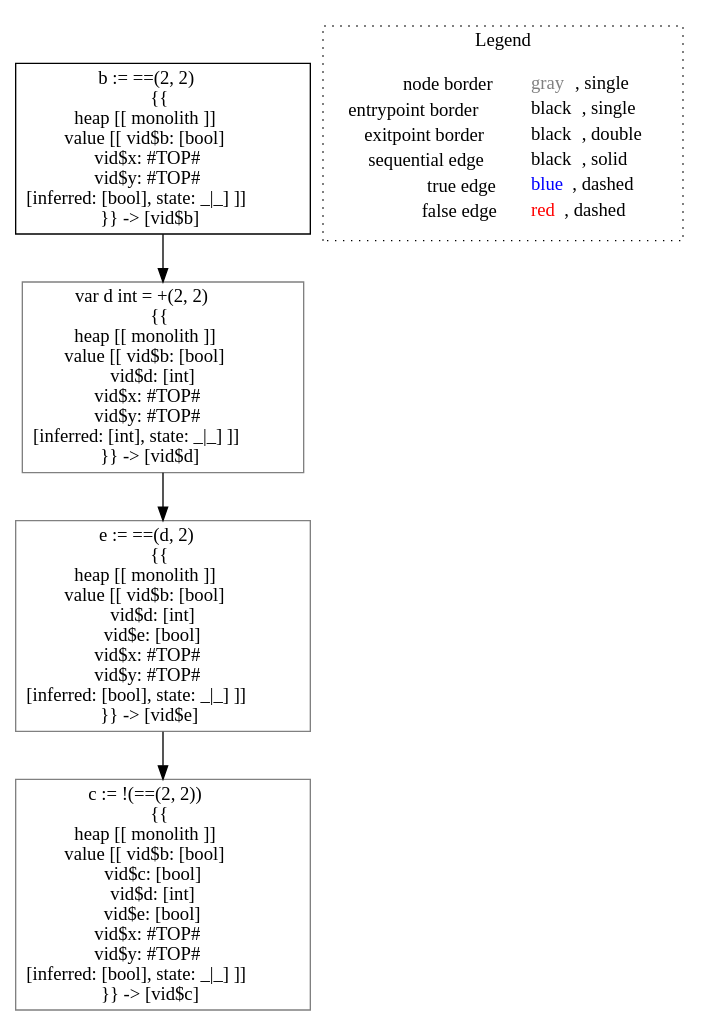
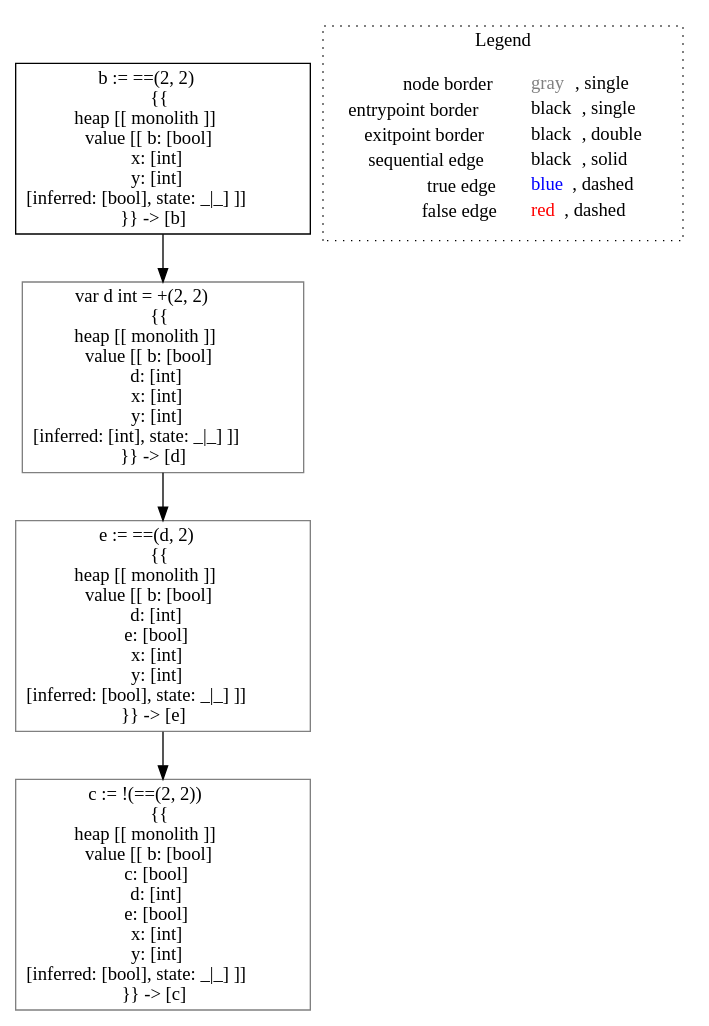
Before and after one commit to lisa-analyzer/go-lisa: the diagram in go-lisa/go-testcases/typing/typing___untyped_~LiSAProgram.comparisonTyping(int_x,_int_y).dot, drawn with Graphviz. The commit also changed 10 other files, not shown here.

```diff
--- a/go-lisa/go-testcases/typing/typing___untyped_~LiSAProgram.comparisonTyping(int_x,_int_y).dot
+++ b/go-lisa/go-testcases/typing/typing___untyped_~LiSAProgram.comparisonTyping(int_x,_int_y).dot
@@ -1,16 +1,16 @@
 digraph {
-	"node0" [shape="rect",color="black",label=<b := ==(2, 2)<BR/>{{<BR/>heap [[ monolith ]]<BR/>value [[ vid$b: [bool]<BR/>vid$x: #TOP#<BR/>vid$y: #TOP#<BR/>[inferred: [bool], state: _|_] ]]<BR/>}} -&gt; [vid$b]>];
-	"node1" [shape="rect",color="gray",label=<e := ==(d, 2)<BR/>{{<BR/>heap [[ monolith ]]<BR/>value [[ vid$b: [bool]<BR/>vid$d: [int]<BR/>vid$e: [bool]<BR/>vid$x: #TOP#<BR/>vid$y: #TOP#<BR/>[inferred: [bool], state: _|_] ]]<BR/>}} -&gt; [vid$e]>];
-	"node2" [shape="rect",color="gray",label=<c := !(==(2, 2))<BR/>{{<BR/>heap [[ monolith ]]<BR/>value [[ vid$b: [bool]<BR/>vid$c: [bool]<BR/>vid$d: [int]<BR/>vid$e: [bool]<BR/>vid$x: #TOP#<BR/>vid$y: #TOP#<BR/>[inferred: [bool], state: _|_] ]]<BR/>}} -&gt; [vid$c]>];
-	"node3" [shape="rect",color="gray",label=<var d int = +(2, 2)<BR/>{{<BR/>heap [[ monolith ]]<BR/>value [[ vid$b: [bool]<BR/>vid$d: [int]<BR/>vid$x: #TOP#<BR/>vid$y: #TOP#<BR/>[inferred: [int], state: _|_] ]]<BR/>}} -&gt; [vid$d]>];
-	"node1" -> "node2" [color="black"];
+	"node0" [shape="rect",color="black",label=<b := ==(2, 2)<BR/>{{<BR/>heap [[ monolith ]]<BR/>value [[ b: [bool]<BR/>x: [int]<BR/>y: [int]<BR/>[inferred: [bool], state: _|_] ]]<BR/>}} -&gt; [b]>];
+	"node1" [shape="rect",color="gray",label=<c := !(==(2, 2))<BR/>{{<BR/>heap [[ monolith ]]<BR/>value [[ b: [bool]<BR/>c: [bool]<BR/>d: [int]<BR/>e: [bool]<BR/>x: [int]<BR/>y: [int]<BR/>[inferred: [bool], state: _|_] ]]<BR/>}} -&gt; [c]>];
+	"node2" [shape="rect",color="gray",label=<var d int = +(2, 2)<BR/>{{<BR/>heap [[ monolith ]]<BR/>value [[ b: [bool]<BR/>d: [int]<BR/>x: [int]<BR/>y: [int]<BR/>[inferred: [int], state: _|_] ]]<BR/>}} -&gt; [d]>];
+	"node3" [shape="rect",color="gray",label=<e := ==(d, 2)<BR/>{{<BR/>heap [[ monolith ]]<BR/>value [[ b: [bool]<BR/>d: [int]<BR/>e: [bool]<BR/>x: [int]<BR/>y: [int]<BR/>[inferred: [bool], state: _|_] ]]<BR/>}} -&gt; [e]>];
+	"node0" -> "node2" [color="black"];
+	"node2" -> "node3" [color="black"];
 	"node3" -> "node1" [color="black"];
-	"node0" -> "node3" [color="black"];
 subgraph cluster_legend {
 	label="Legend";
 	style=dotted;
 	node [shape=plaintext];
 	"legend" [label=<<table border="0" cellpadding="2" cellspacing="0" cellborder="0"><tr><td align="right">node border&nbsp;</td><td align="left"><font color="gray">gray</font>, single</td></tr><tr><td align="right">entrypoint border&nbsp;</td><td align="left"><font color="black">black</font>, single</td></tr><tr><td align="right">exitpoint border&nbsp;</td><td align="left"><font color="black">black</font>, double</td></tr><tr><td align="right">sequential edge&nbsp;</td><td align="left"><font color="black">black</font>, solid</td></tr><tr><td align="right">true edge&nbsp;</td><td align="left"><font color="blue">blue</font>, dashed</td></tr><tr><td align="right">false edge&nbsp;</td><td align="left"><font color="red">red</font>, dashed</td></tr></table>>];
 }
 
 }
```
